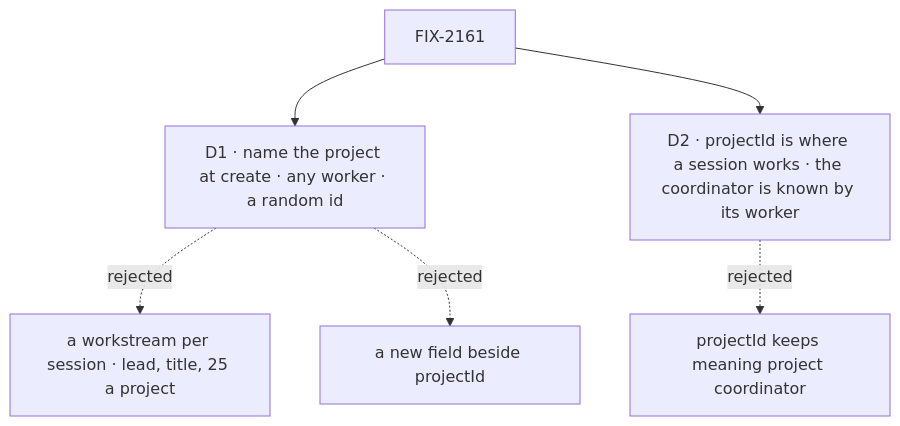
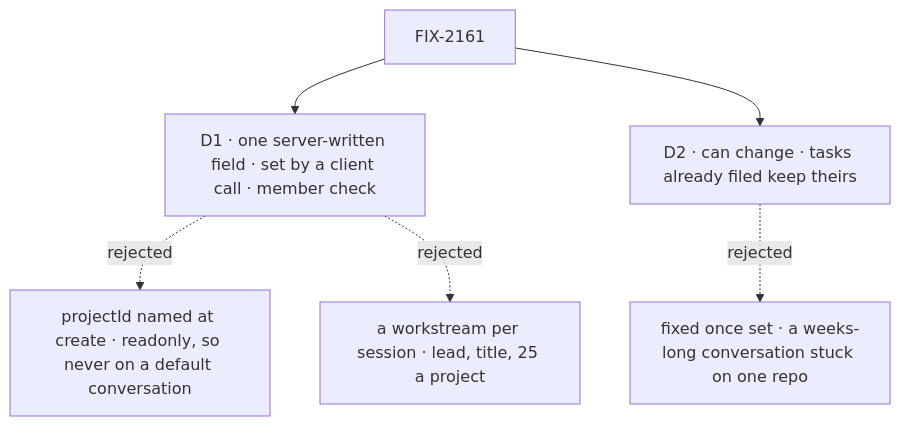
The diagram in specs/issues/FIX-2161/DECISIONS.md (fixpoint-labs/flow-state-dev), drawn with Mermaid before and after one commit. The commit also changed other lines of this file and 3 other files, not shown here.

First line of the commit message:
spec(FIX-2161): re-draft as one server-written field set by a client call

````diff
--- a/specs/issues/FIX-2161/DECISIONS.md
+++ b/specs/issues/FIX-2161/DECISIONS.md
@@ -11,8 +12,8 @@
 ```mermaid
 flowchart TD
-  I["FIX-2161"] --> D1["D1 · name the project at create · any worker · a random id"]
-  D1 -.->|"rejected"| X1["a workstream per session · lead, title, 25 a project"]
-  D1 -.->|"rejected"| X2["a new field beside projectId"]
-  I --> D2["D2 · projectId is where a session works · the coordinator is known by its worker"]
-  D2 -.->|"rejected"| X3["projectId keeps meaning project coordinator"]
+  I["FIX-2161"] --> D1["D1 · one server-written field · set by a client call · member check"]
+  D1 -.->|"rejected"| X1["projectId named at create · readonly, so never on a default conversation"]
+  D1 -.->|"rejected"| X2["a workstream per session · lead, title, 25 a project"]
+  I --> D2["D2 · can change · tasks already filed keep theirs"]
+  D2 -.->|"rejected"| X3["fixed once set · a weeks-long conversation stuck on one repo"]
 ```
````
